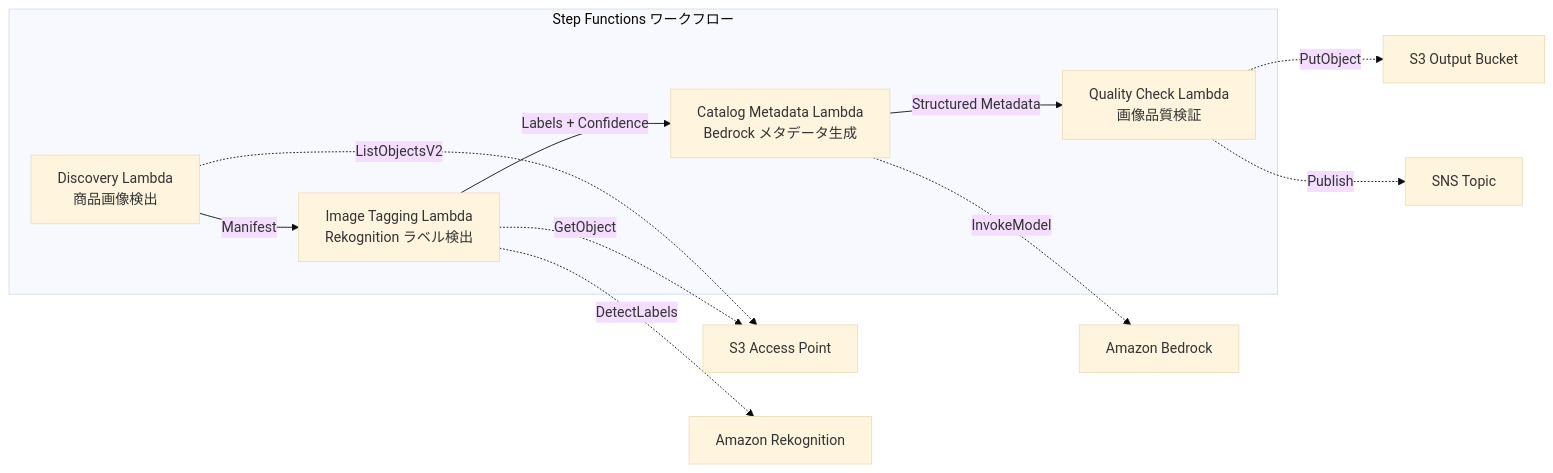
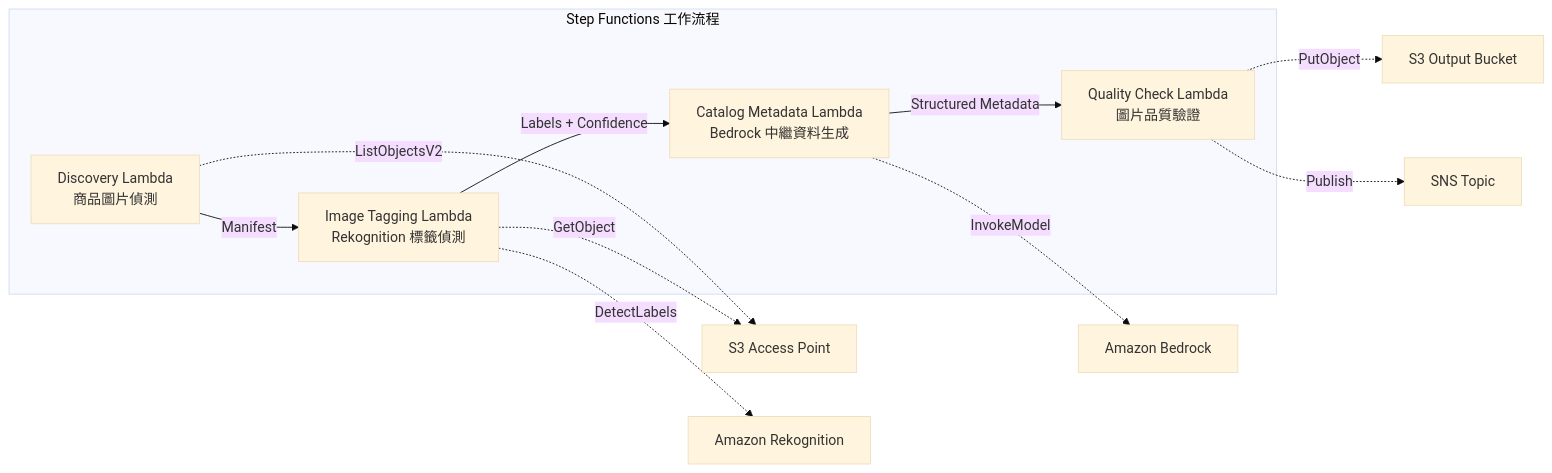
Before and after one commit to Yoshiki0705/FSx-for-ONTAP-S3AccessPoints-Serverless-Patterns: the diagram in solutions/industry/retail-catalog/README.zh-TW.md, drawn with Mermaid (base theme). The commit also changed other lines of this file and 20 other files, not shown here.

````diff
--- a/solutions/industry/retail-catalog/README.zh-TW.md
+++ b/solutions/industry/retail-catalog/README.zh-TW.md
@@ -26,20 +54,20 @@
 ```mermaid
 graph LR
-    subgraph "Step Functions ワークフロー"
-        D[Discovery Lambda<br/>商品画像検出]
-        IT[Image Tagging Lambda<br/>Rekognition ラベル検出]
-        CM[Catalog Metadata Lambda<br/>Bedrock メタデータ生成]
-        QC[Quality Check Lambda<br/>画像品質検証]
+    subgraph "Step Functions 工作流程"
+        D[Discovery Lambda<br/>商品圖片偵測]
+        IT[Image Tagging Lambda<br/>Rekognition 標籤偵測]
+        CM[Catalog Metadata Lambda<br/>Bedrock 中繼資料生成]
+        QC[Quality Check Lambda<br/>圖片品質驗證]
     end
 
     D -->|Manifest| IT
     IT -->|Labels + Confidence| CM
     CM -->|Structured Metadata| QC
 
     D -.->|ListObjectsV2| S3AP[S3 Access Point]
     IT -.->|GetObject| S3AP
     IT -.->|DetectLabels| Rekog[Amazon Rekognition]
     CM -.->|InvokeModel| Bedrock[Amazon Bedrock]
     QC -.->|PutObject| S3OUT[S3 Output Bucket]
     QC -.->|Publish| SNS[SNS Topic]
 ```
````
